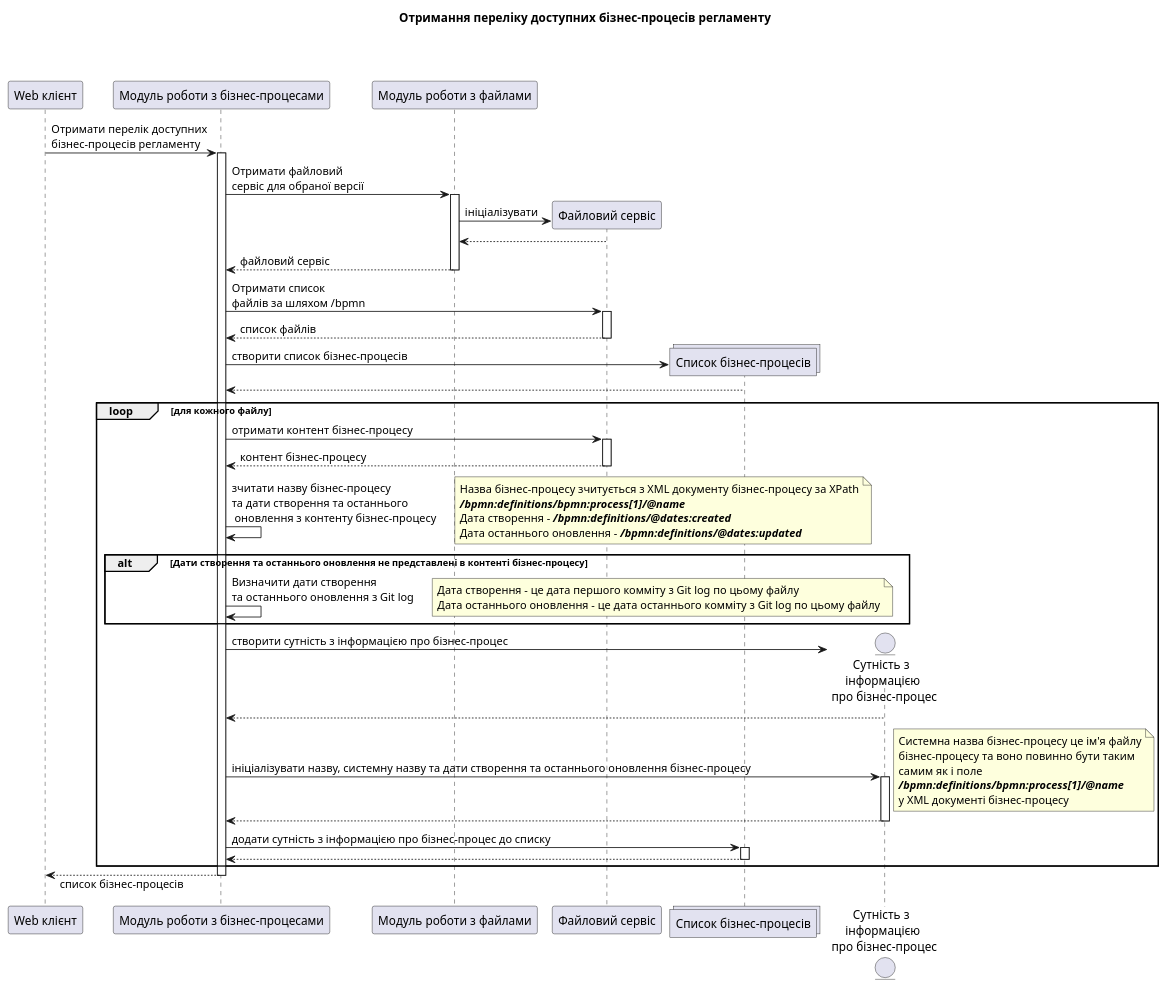
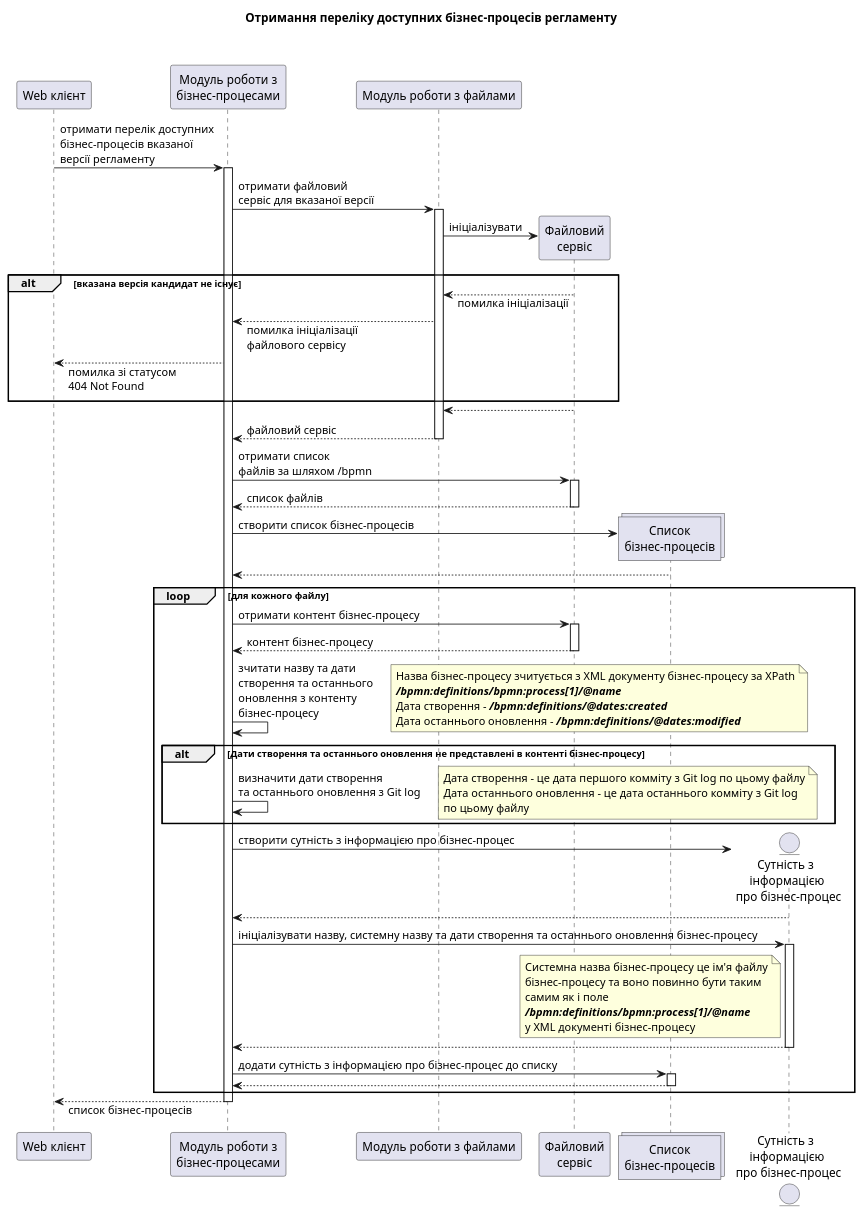
The diagram in docs/modules/admin-portal-backend/partials/business-processes/get-business-process-list.puml (epam/edp-ddm-registry-regulation-management), drawn with PlantUML before and after one commit. The commit also changed 11 other files, not shown here.

Commit message:
[EDP-DDM-18896] fixed dates storing and reading design and added diagrams for forms and business-processes CRUD operations

```diff
--- a/docs/modules/admin-portal-backend/partials/business-processes/get-business-process-list.puml
+++ b/docs/modules/admin-portal-backend/partials/business-processes/get-business-process-list.puml
@@ -1,79 +1,85 @@
 @startuml
 participant "Web клієнт" as client order 1
-participant "Модуль роботи з бізнес-процесами" as businessProcessModule order 2
+participant "Модуль роботи з\nбізнес-процесами" as businessProcessModule order 2
 participant "Модуль роботи з файлами" as fileModule order 3
-participant "Файловий сервіс" as fileService order 4
-collections "Список бізнес-процесів" as businessProcessList order 5
+participant "Файловий\nсервіс" as fileService order 4
+collections "Список\nбізнес-процесів" as businessProcessList order 5
 entity "Сутність з \nінформацією\n про бізнес-процес" as businessProcessDto order 6
 
 skinparam responseMessageBelowArrow true
 
 title Отримання переліку доступних бізнес-процесів регламенту
 
-client -> businessProcessModule: Отримати перелік доступних\nбізнес-процесів регламенту
+client -> businessProcessModule: отримати перелік доступних\nбізнес-процесів вказаної\nверсії регламенту
 activate businessProcessModule
-  businessProcessModule -> fileModule: Отримати файловий\nсервіс для обраної версії
+  businessProcessModule -> fileModule: отримати файловий\nсервіс для вказаної версії
   activate fileModule
     create fileService
     fileModule -> fileService: ініціалізувати
+    alt вказана версія кандидат не існує
+      fileModule <-- fileService: помилка ініціалізації
+      businessProcessModule <-- fileModule: помилка ініціалізації\nфайлового сервісу
+      client <-- businessProcessModule: помилка зі статусом\n404 Not Found
+    end
     fileModule <-- fileService
     return файловий сервіс
   deactivate fileModule
 
-  businessProcessModule -> fileService: Отримати список\nфайлів за шляхом /bpmn
+  businessProcessModule -> fileService: отримати список\nфайлів за шляхом /bpmn
   activate fileService
     return список файлів
   deactivate fileService
 
   create businessProcessList
   businessProcessModule -> businessProcessList: створити список бізнес-процесів
   return
 
   loop для кожного файлу
     businessProcessModule -> fileService: отримати контент бізнес-процесу
     activate fileService
     return контент бізнес-процесу
     deactivate fileService
 
-    businessProcessModule -> businessProcessModule: зчитати назву бізнес-процесу\nта дати створення та останнього\n оновлення з контенту бізнес-процесу
+    businessProcessModule -> businessProcessModule: зчитати назву та дати\nстворення та останнього\nоновлення з контенту\nбізнес-процесу
     note right
     Назва бізнес-процесу зчитується з XML документу бізнес-процесу за XPath
     **///bpmn:definitions/bpmn:process[1]/@name//**
     Дата створення - **///bpmn:definitions/@dates:created//**
-    Дата останнього оновлення - **///bpmn:definitions/@dates:updated//**
+    Дата останнього оновлення - **///bpmn:definitions/@dates:modified//**
     end note
 
     alt Дати створення та останнього оновлення не представлені в контенті бізнес-процесу
-    businessProcessModule -> businessProcessModule: Визначити дати створення\nта останнього оновлення з Git log
+    businessProcessModule -> businessProcessModule: визначити дати створення\nта останнього оновлення з Git log
     note right
     Дата створення - це дата першого комміту з Git log по цьому файлу
-    Дата останнього оновлення - це дата останнього комміту з Git log по цьому файлу
+    Дата останнього оновлення - це дата останнього комміту з Git log
+    по цьому файлу
     end note
     end
 
     create businessProcessDto
     businessProcessModule -> businessProcessDto: створити сутність з інформацією про бізнес-процес
     return
 
     businessProcessModule -> businessProcessDto: ініціалізувати назву, системну назву та дати створення та останнього оновлення бізнес-процесу
-    note right
+    note left of businessProcessDto
     Системна назва бізнес-процесу це ім'я файлу
     бізнес-процесу та воно повинно бути таким
     самим як і поле
     **///bpmn:definitions/bpmn:process[1]/@name//**
     у XML документі бізнес-процесу
     end note
     activate businessProcessDto
     return
     deactivate businessProcessDto
 
     businessProcessModule -> businessProcessList: додати сутність з інформацією про бізнес-процес до списку
     activate businessProcessList
     return
     deactivate businessProcessList
   end
 
   client <-- businessProcessModule: список бізнес-процесів
 
 deactivate businessProcessModule
 @enduml
```
